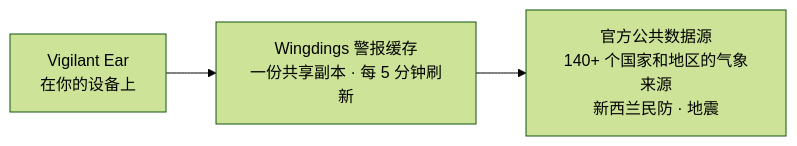
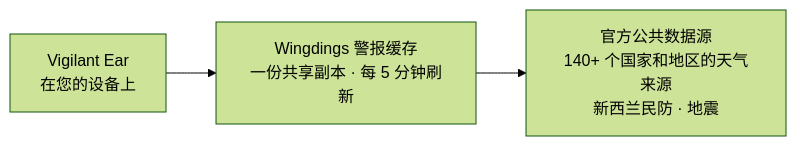
Before and after one commit to rpalm01-star/VigilantEarLegal: the fourth of 4 diagrams in README_zh-Hans.md, drawn with Mermaid (forest theme). The commit also changed other lines of this file and 14 other files, not shown here.

````diff
--- a/README_zh-Hans.md
+++ b/README_zh-Hans.md
@@ -182,5 +217,5 @@
 ```mermaid
 graph LR
-    P1["Vigilant Ear<br/>在你的设备上"] --> W["Wingdings 警报缓存<br/>一份共享副本 · 每 5 分钟刷新"]
-    W --> N["官方公共数据源<br/>140+ 个国家和地区的气象来源<br/>新西兰民防 · 地震"]
+    P1["Vigilant Ear<br/>在您的设备上"] --> W["Wingdings 警报缓存<br/>一份共享副本 · 每 5 分钟刷新"]
+    W --> N["官方公共数据源<br/>140+ 个国家和地区的天气来源<br/>新西兰民防 · 地震"]
 ```
````
